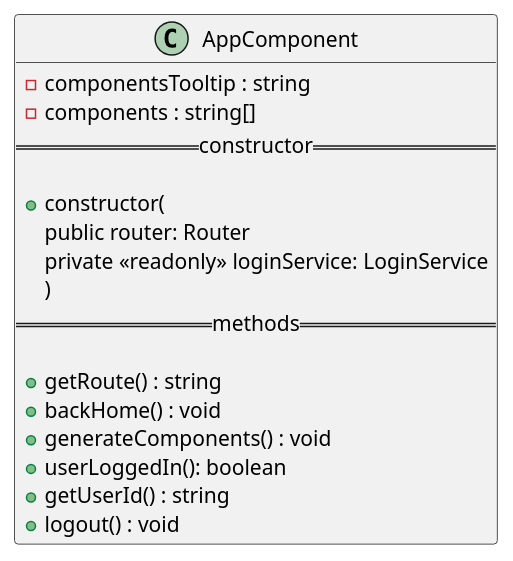
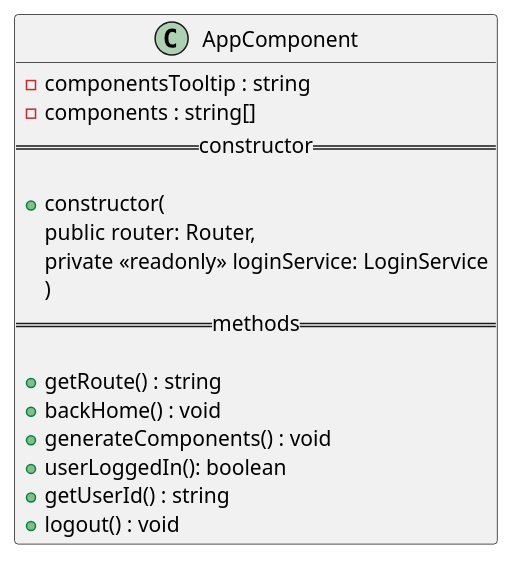
Before and after one commit to GruppOne/stalker-web-app: the diagram in docs/diagrams/page-manager/AppComponent.pu, drawn with PlantUML. The commit also changed 5 other files, not shown here.

Commit message:
docs: update class diagrams

```diff
--- a/docs/diagrams/page-manager/AppComponent.pu
+++ b/docs/diagrams/page-manager/AppComponent.pu
@@ -1,20 +1,20 @@
 @startuml AppComponent diagram
 class AppComponent {
   - componentsTooltip : string
   - components : string[]
   ==constructor==
 
   + constructor(
-    public router: Router
+    public router: Router,
     private <<readonly>> loginService: LoginService
     )
   ==methods==
 
   + getRoute() : string
   + backHome() : void
   + generateComponents() : void
   + userLoggedIn(): boolean
   + getUserId() : string
   + logout() : void
 }
 @enduml
```
